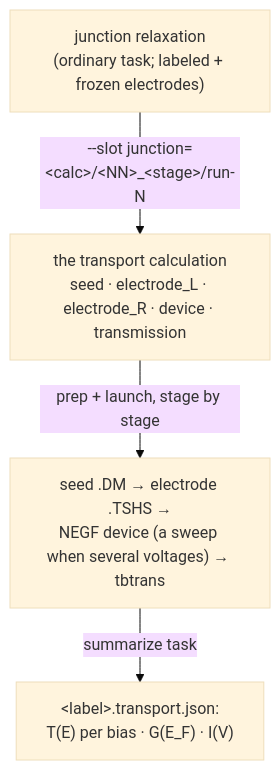
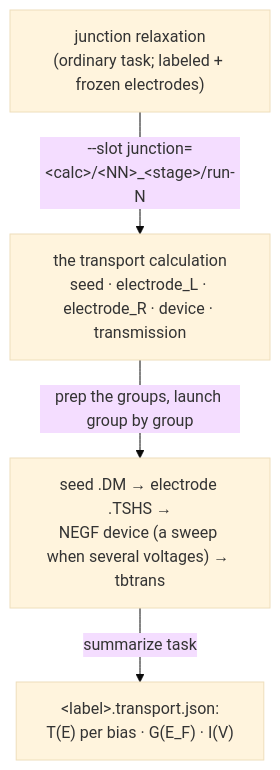
The fourth of 12 diagrams in docs/engines/transport.md (Qing-LAB/molbuilder), drawn with Mermaid (base theme) before and after one commit. The commit also changed other lines of this file and 282 other files, not shown here.

````diff
--- a/docs/engines/transport.md
+++ b/docs/engines/transport.md
@@ -354,7 +468,7 @@
 ```mermaid
 flowchart TD
     RX["junction relaxation<br/>(ordinary task; labeled + frozen electrodes)"]
     RX -->|"--slot junction=&lt;calc&gt;/&lt;NN&gt;_&lt;stage&gt;/run-N"| CT["the transport calculation<br/>seed · electrode_L · electrode_R · device · transmission"]
-    CT -->|"prep + launch, stage by stage"| RUN["seed .DM → electrode .TSHS →<br/>NEGF device (a sweep when several voltages) → tbtrans"]
+    CT -->|"prep the groups, launch group by group"| RUN["seed .DM → electrode .TSHS →<br/>NEGF device (a sweep when several voltages) → tbtrans"]
     RUN -->|"summarize task"| RES["&lt;label&gt;.transport.json:<br/>T(E) per bias · G(E_F) · I(V)"]
 ```
````
